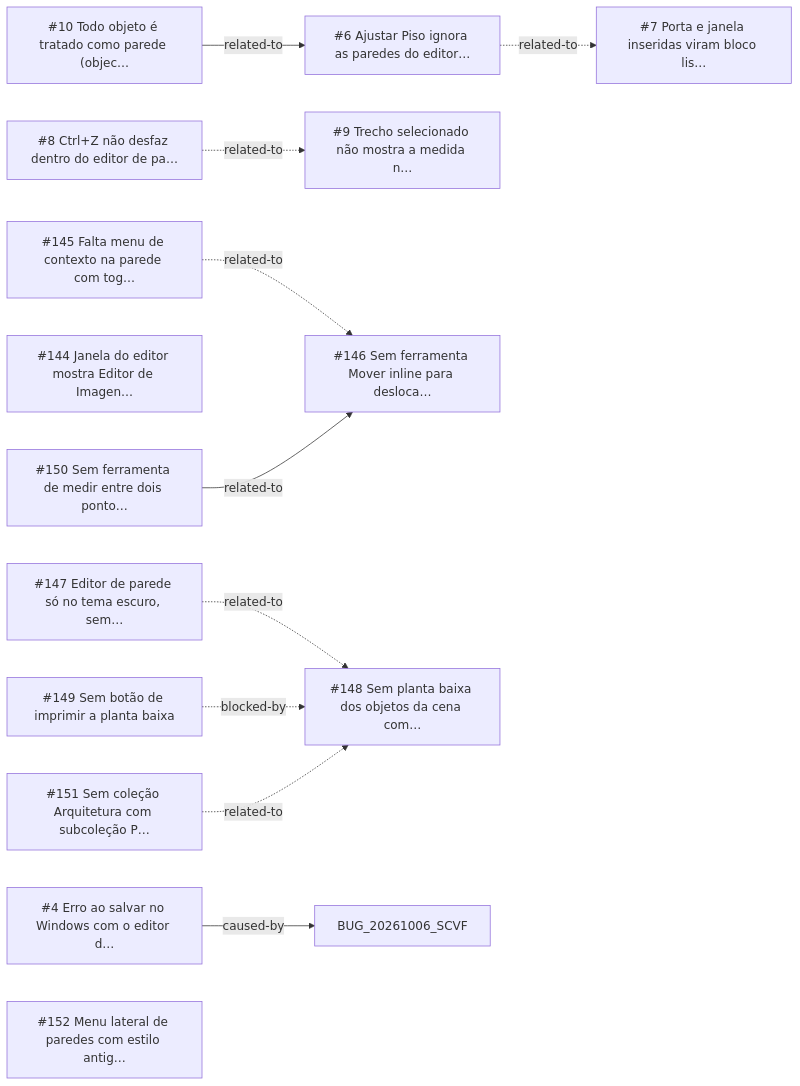
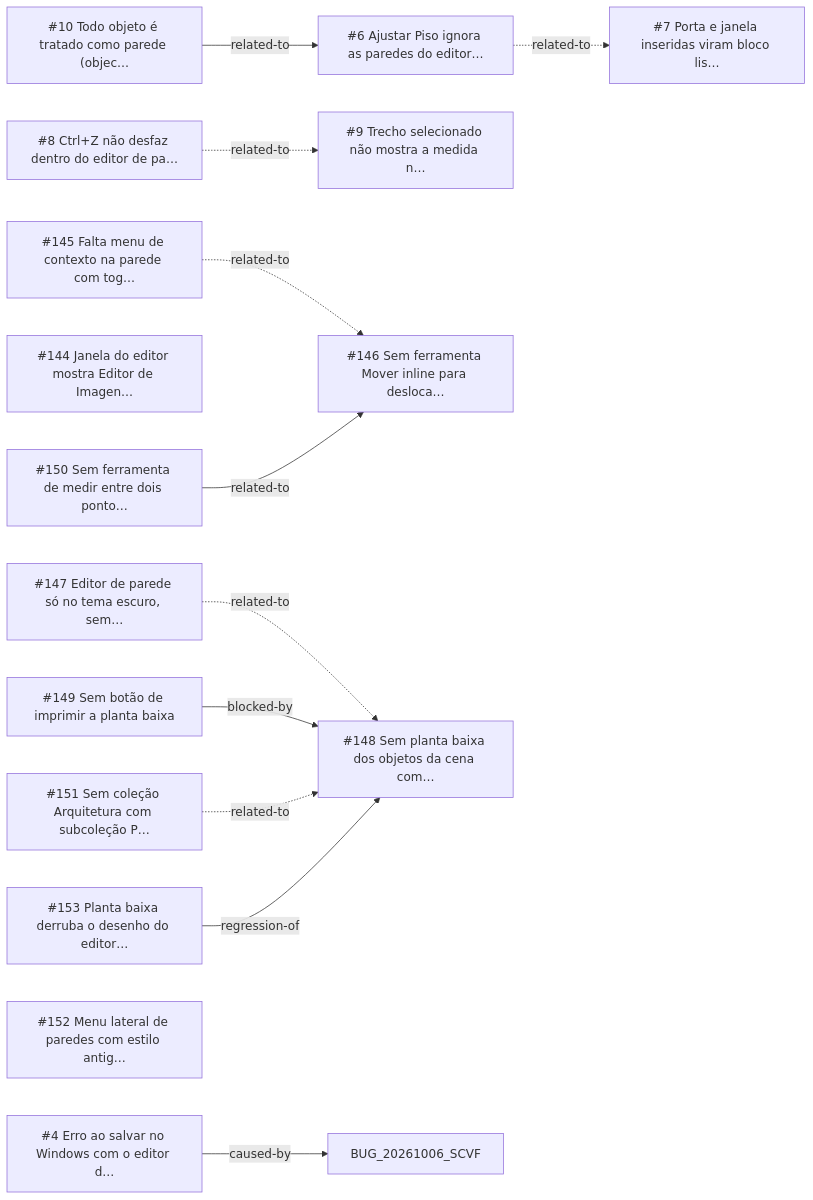
One commit to CAFFDIGITALPLATFORM/caffmob_draw changed the diagram in _reversa_bugs/editor-de-paredes/generated/graph.md. Above: the diagram before and after it, drawn with Mermaid. The commit also changed other lines of this file and 220 other files, not shown here.

First line of the commit message:
fix(002): tema claro, coleções, menu lateral e impressão da planta no editor

````diff
--- a/_reversa_bugs/editor-de-paredes/generated/graph.md
+++ b/_reversa_bugs/editor-de-paredes/generated/graph.md
@@ -5,27 +5,29 @@
 ```mermaid
 graph LR
   BUG_20261006_KFAR["#4 Erro ao salvar no Windows com o editor d…"]
   BUG_20261007_A2G7["#6 Ajustar Piso ignora as paredes do editor…"]
   BUG_20261007_YIMY["#7 Porta e janela inseridas viram bloco lis…"]
   BUG_20261007_ZZUK["#8 Ctrl+Z não desfaz dentro do editor de pa…"]
   BUG_20261007_VQ72["#9 Trecho selecionado não mostra a medida n…"]
   BUG_20261007_TBY3["#10 Todo objeto é tratado como parede (objec…"]
   BUG_20261117_6KBC["#144 Janela do editor mostra Editor de Imagen…"]
   BUG_20261117_AKYJ["#145 Falta menu de contexto na parede com tog…"]
   BUG_20261117_EELF["#146 Sem ferramenta Mover inline para desloca…"]
   BUG_20261117_6OXN["#147 Editor de parede só no tema escuro, sem…"]
   BUG_20261117_JXDJ["#148 Sem planta baixa dos objetos da cena com…"]
   BUG_20261117_744U["#149 Sem botão de imprimir a planta baixa"]
   BUG_20261117_V4I3["#150 Sem ferramenta de medir entre dois ponto…"]
   BUG_20261117_4MF7["#151 Sem coleção Arquitetura com subcoleção P…"]
   BUG_20261117_RP9Q["#152 Menu lateral de paredes com estilo antig…"]
+  BUG_20261118_PLNT["#153 Planta baixa derruba o desenho do editor…"]
   BUG_20261006_KFAR -->|caused-by| BUG_20261006_SCVF
   BUG_20261007_A2G7 -.->|related-to| BUG_20261007_YIMY
   BUG_20261007_ZZUK -.->|related-to| BUG_20261007_VQ72
   BUG_20261007_TBY3 -->|related-to| BUG_20261007_A2G7
   BUG_20261117_AKYJ -.->|related-to| BUG_20261117_EELF
   BUG_20261117_6OXN -.->|related-to| BUG_20261117_JXDJ
-  BUG_20261117_744U -.->|blocked-by| BUG_20261117_JXDJ
+  BUG_20261117_744U -->|blocked-by| BUG_20261117_JXDJ
   BUG_20261117_V4I3 -->|related-to| BUG_20261117_EELF
   BUG_20261117_4MF7 -.->|related-to| BUG_20261117_JXDJ
+  BUG_20261118_PLNT -->|regression-of| BUG_20261117_JXDJ
 ```
````
